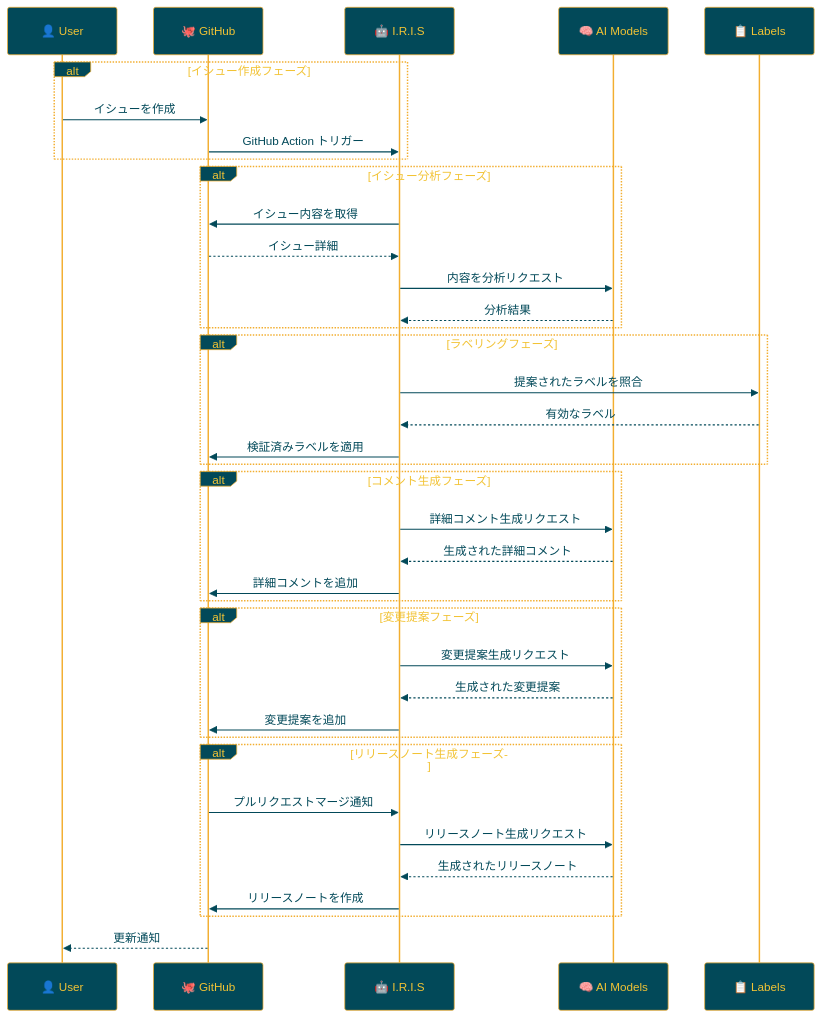
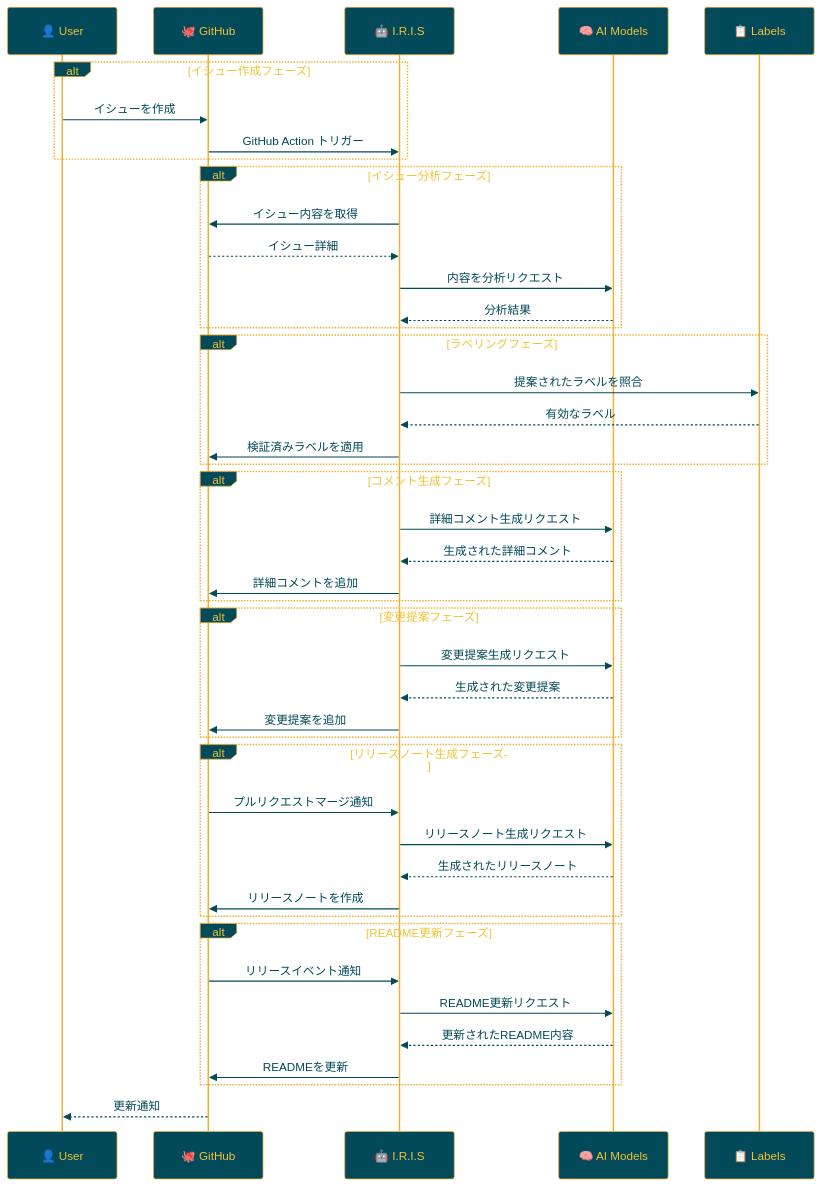
One commit to Sunwood-ai-labs/IRIS changed the diagram in README.md. Above: the diagram before and after it, drawn with Mermaid. The commit also changed other lines of this file, not shown here.

````diff
--- a/README.md
+++ b/README.md
@@ -129,49 +143,56 @@
 ```mermaid
 %%{init:{'theme':'base','themeVariables':{'primaryColor':'#024959','primaryTextColor':'#F2C335','primaryBorderColor':'#F2AE30','lineColor':'#A1A2A6','secondaryColor':'#593E25','tertiaryColor':'#F2C335','noteTextColor':'#024959','noteBkgColor':'#F2C335','textColor':'#024959','fontSize':'18px'}}}%%
 
 sequenceDiagram
     participant User as 👤 User
     participant GitHub as 🐙 GitHub
     participant IRIS as 🤖 I.R.I.S
     participant AI as 🧠 AI Models
     participant Labels as 📋 Labels
 
     alt イシュー作成フェーズ
         User->>GitHub: イシューを作成
         GitHub->>IRIS: GitHub Action トリガー
     end
 
     alt イシュー分析フェーズ
         IRIS->>GitHub: イシュー内容を取得
         GitHub-->>IRIS: イシュー詳細
         IRIS->>AI: 内容を分析リクエスト
         AI-->>IRIS: 分析結果
     end
 
     alt ラベリングフェーズ
         IRIS->>Labels: 提案されたラベルを照合
         Labels-->>IRIS: 有効なラベル
         IRIS->>GitHub: 検証済みラベルを適用
     end
 
     alt コメント生成フェーズ
         IRIS->>AI: 詳細コメント生成リクエスト
         AI-->>IRIS: 生成された詳細コメント
         IRIS->>GitHub: 詳細コメントを追加
     end
 
     alt 変更提案フェーズ
         IRIS->>AI: 変更提案生成リクエスト
         AI-->>IRIS: 生成された変更提案
         IRIS->>GitHub: 変更提案を追加
     end
 
     alt リリースノート生成フェーズ
         GitHub->>IRIS: プルリクエストマージ通知
         IRIS->>AI: リリースノート生成リクエスト
         AI-->>IRIS: 生成されたリリースノート
         IRIS->>GitHub: リリースノートを作成
     end
 
+    alt README更新フェーズ
+        GitHub->>IRIS: リリースイベント通知
+        IRIS->>AI: README更新リクエスト
+        AI-->>IRIS: 更新されたREADME内容
+        IRIS->>GitHub: READMEを更新
+    end
+
     GitHub-->>User: 更新通知
 ```
````
